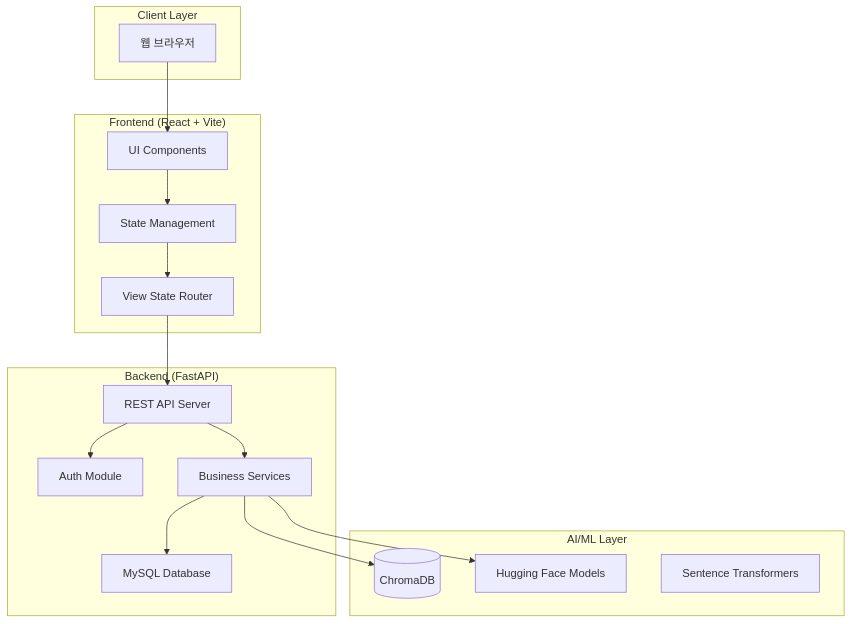
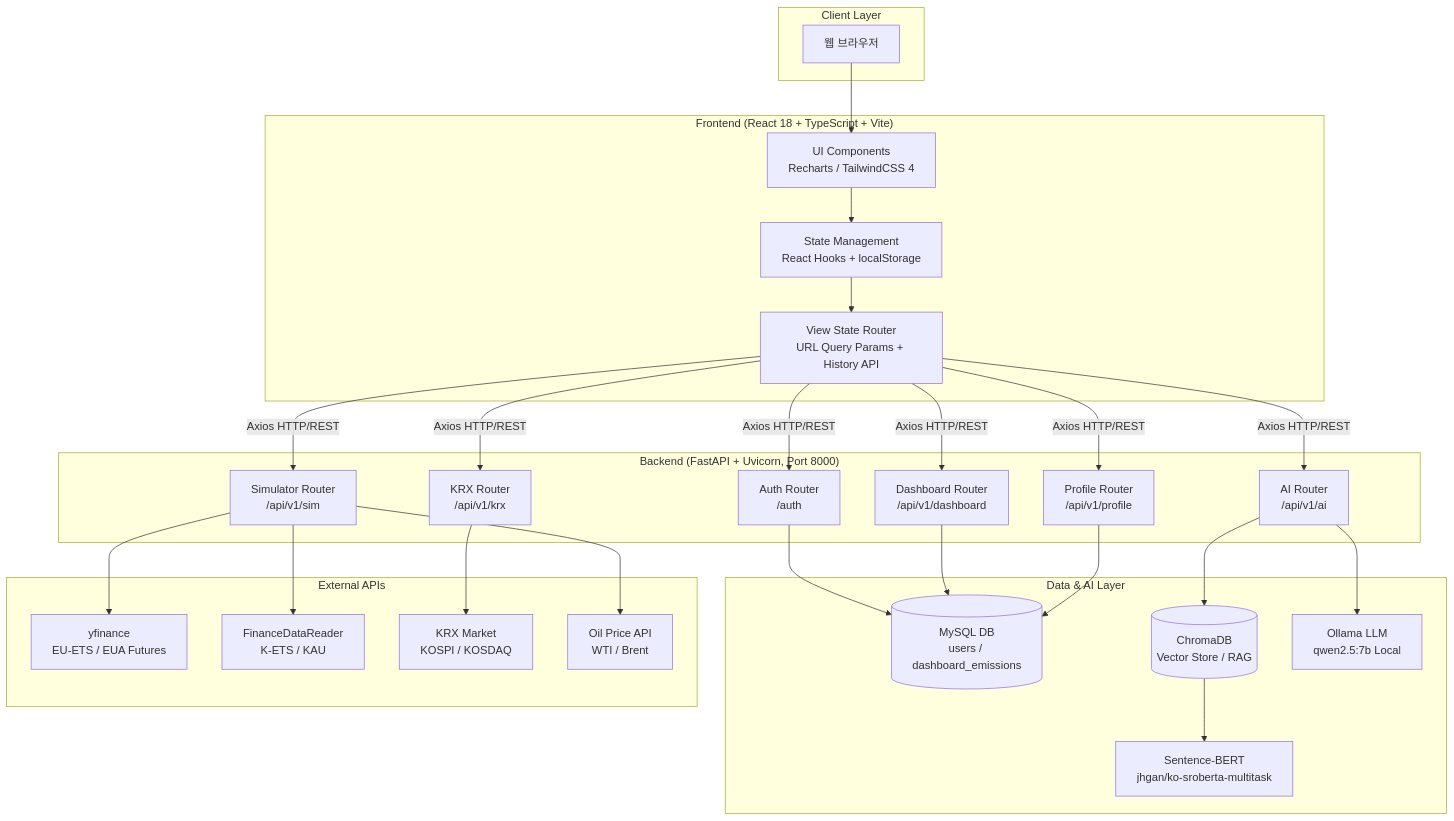
The diagram in README.md (HDC-BE-REAL/ESG_Dashboard), drawn with Mermaid before and after one commit. The commit also changed other lines of this file, not shown here.

````diff
--- a/README.md
+++ b/README.md
@@ -43,35 +47,46 @@
 ```mermaid
 graph TB
     subgraph "Client Layer"
         Browser[웹 브라우저]
     end
 
-    subgraph "Frontend (React + Vite)"
-        UI[UI Components]
-        State[State Management]
-        Router[View State Router]
+    subgraph "Frontend (React 18 + TypeScript + Vite)"
+        UI[UI Components<br/>Recharts / TailwindCSS 4]
+        State[State Management<br/>React Hooks + localStorage]
+        Router[View State Router<br/>URL Query Params + History API]
     end
 
-    subgraph "Backend (FastAPI)"
-        API[REST API Server]
-        Auth[Auth Module]
-        Services[Business Services]
-        DB[MySQL Database]
+    subgraph "Backend (FastAPI + Uvicorn, Port 8000)"
+        Auth[Auth Router<br/>/auth]
+        Dashboard[Dashboard Router<br/>/api/v1/dashboard]
+        Sim[Simulator Router<br/>/api/v1/sim]
+        AI[AI Router<br/>/api/v1/ai]
+        KRX[KRX Router<br/>/api/v1/krx]
+        Profile[Profile Router<br/>/api/v1/profile]
     end
 
-    subgraph "AI/ML Layer"
-        VectorDB[(ChromaDB)]
-        LLM[Hugging Face Models]
-        Embeddings[Sentence Transformers]
+    subgraph "Data & AI Layer"
+        MySQL[(MySQL DB<br/>users / dashboard_emissions)]
+        ChromaDB[(ChromaDB<br/>Vector Store / RAG)]
+        Ollama[Ollama LLM<br/>qwen2.5:7b Local]
+        SBERT[Sentence-BERT<br/>jhgan/ko-sroberta-multitask]
+    end
+
+    subgraph "External APIs"
+        yfinance[yfinance<br/>EU-ETS / EUA Futures]
+        FDR[FinanceDataReader<br/>K-ETS / KAU]
+        KRXMarket[KRX Market<br/>KOSPI / KOSDAQ]
+        OilAPI[Oil Price API<br/>WTI / Brent]
     end
 
     Browser --> UI
-    UI --> State
-    State --> Router
-    Router --> API
-    API --> Auth
-    API --> Services
-    Services --> DB
-    Services --> VectorDB
-    Services --> LLM
+    UI --> State --> Router
+    Router -->|Axios HTTP/REST| Auth & Dashboard & Sim & AI & KRX & Profile
+    Auth --> MySQL
+    Dashboard --> MySQL
+    Sim --> yfinance & FDR & OilAPI
+    AI --> ChromaDB & Ollama
+    ChromaDB --> SBERT
+    KRX --> KRXMarket
+    Profile --> MySQL
 ```
````
